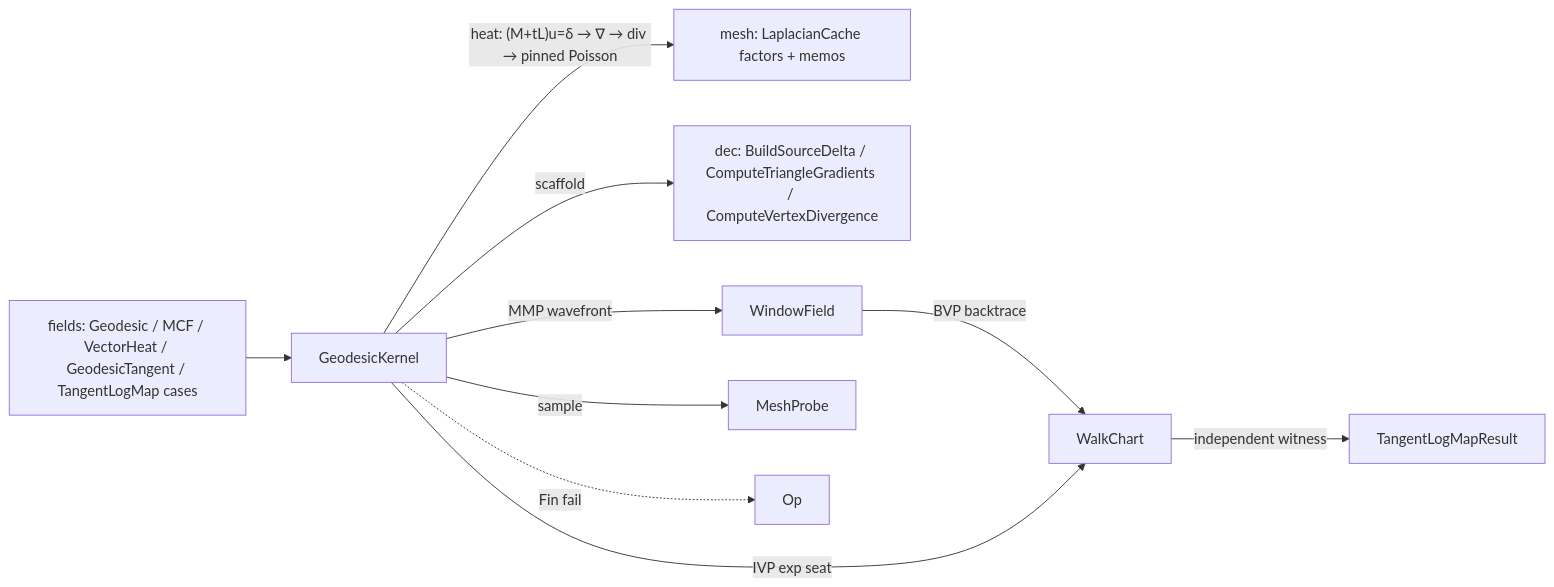
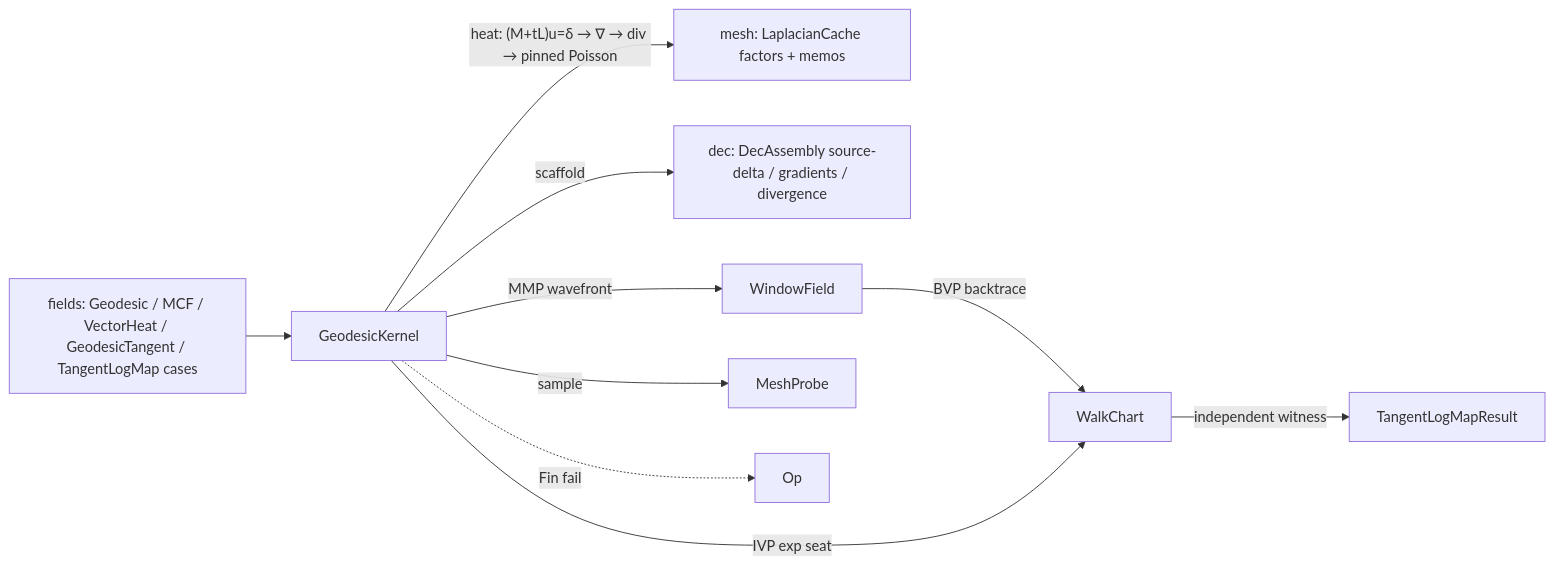
The diagram in libs/csharp/Rasm/.planning/Processing/geodesics.md (bsamiee/Rasm), drawn with Mermaid before and after one commit. The commit also changed other lines of this file and 45 other files, not shown here.

````diff
--- a/libs/csharp/Rasm/.planning/Processing/geodesics.md
+++ b/libs/csharp/Rasm/.planning/Processing/geodesics.md
@@ -968,12 +975,12 @@
 ```mermaid
 flowchart LR
     Fields["fields: Geodesic / MCF / VectorHeat / GeodesicTangent / TangentLogMap cases"] --> GeodesicKernel
     GeodesicKernel -->|"heat: (M+tL)u=δ → ∇ → div → pinned Poisson"| Cache["mesh: LaplacianCache factors + memos"]
-    GeodesicKernel -->|scaffold| Dec["dec: BuildSourceDelta / ComputeTriangleGradients / ComputeVertexDivergence"]
+    GeodesicKernel -->|scaffold| Dec["dec: DecAssembly source-delta / gradients / divergence"]
     GeodesicKernel -->|MMP wavefront| WindowField
     WindowField -->|BVP backtrace| WalkChart
     GeodesicKernel -->|IVP exp seat| WalkChart
     WalkChart -->|independent witness| TangentLogMapResult
     GeodesicKernel -->|sample| MeshProbe
     GeodesicKernel -.->|Fin fail| Op
 ```
````
